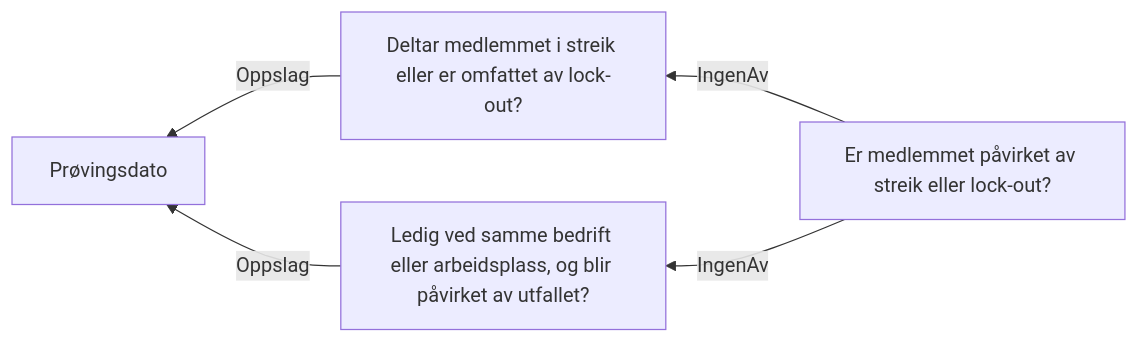
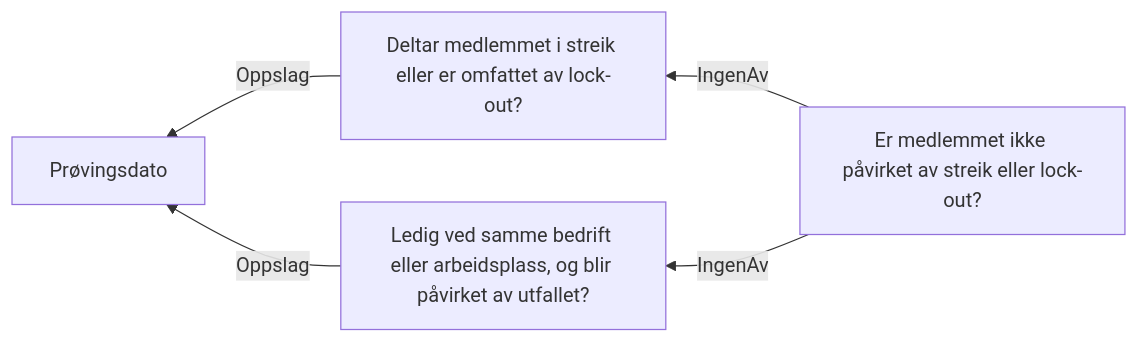
The diagram in docs/regler/§ 4-22. Bortfall ved streik eller lockout.approved.md (navikt/dp-vedtak), drawn with Mermaid before and after one commit. The commit also changed 6 other files, not shown here.

````diff
--- a/docs/regler/§ 4-22. Bortfall ved streik eller lockout.approved.md
+++ b/docs/regler/§ 4-22. Bortfall ved streik eller lockout.approved.md
@@ -5,7 +5,7 @@
 ```mermaid
 graph RL
   A["Deltar medlemmet i streik eller er omfattet av lock-out?"] -->|"Oppslag"| B["Prøvingsdato"]
   C["Ledig ved samme bedrift eller arbeidsplass, og blir påvirket av utfallet?"] -->|"Oppslag"| B["Prøvingsdato"]
-  D["Er medlemmet påvirket av streik eller lock-out?"] -->|"IngenAv"| A["Deltar medlemmet i streik eller er omfattet av lock-out?"]
-  D["Er medlemmet påvirket av streik eller lock-out?"] -->|"IngenAv"| C["Ledig ved samme bedrift eller arbeidsplass, og blir påvirket av utfallet?"]
+  D["Er medlemmet ikke påvirket av streik eller lock-out?"] -->|"IngenAv"| A["Deltar medlemmet i streik eller er omfattet av lock-out?"]
+  D["Er medlemmet ikke påvirket av streik eller lock-out?"] -->|"IngenAv"| C["Ledig ved samme bedrift eller arbeidsplass, og blir påvirket av utfallet?"]
 ```
````
